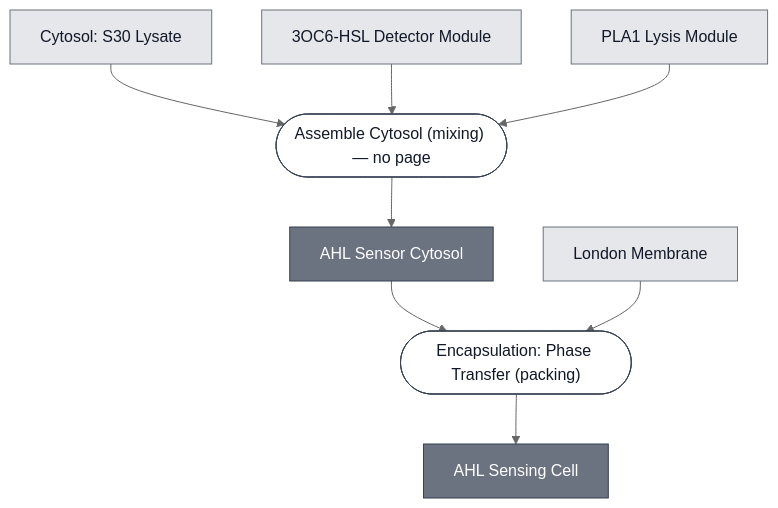
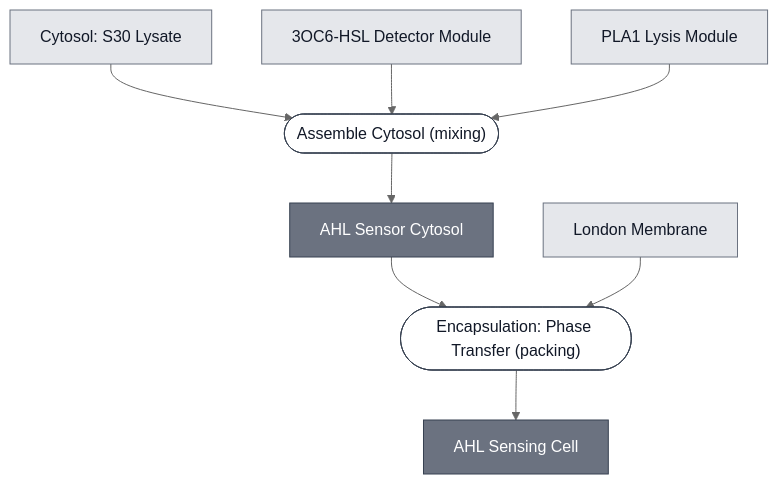
The diagram in docs/modules/ahl-sensing-cell/spec.md (nucleus-eng/nucleus-docs), drawn with Mermaid (neutral theme) before and after one commit. The commit also changed 26 other files, not shown here.

````diff
--- a/docs/modules/ahl-sensing-cell/spec.md
+++ b/docs/modules/ahl-sensing-cell/spec.md
@@ -25,37 +25,38 @@
 ```mermaid
 flowchart TD
     S30_LYSATE["Cytosol: S30 Lysate"]
     DETECTOR_3OC6_HSL["3OC6-HSL Detector Module"]
     EFFECTOR_PLA1["PLA1 Lysis Module"]
     MEMBRANE_POPC["London Membrane"]
 
-    P1_ASSEMBLE_CYTOSOL_0(["Assemble Cytosol (mixing) — no page"])
+    P1_ASSEMBLE_CYTOSOL_0(["Assemble Cytosol (mixing)"])
     AHL_SENSOR_CYTOSOL["AHL Sensor Cytosol"]
     P2_ENCAPSULATE_0(["Encapsulation: Phase Transfer (packing)"])
     AHL_SENSING_CELL["AHL Sensing Cell"]
 
     S30_LYSATE --> P1_ASSEMBLE_CYTOSOL_0
     DETECTOR_3OC6_HSL --> P1_ASSEMBLE_CYTOSOL_0
     EFFECTOR_PLA1 --> P1_ASSEMBLE_CYTOSOL_0
     P1_ASSEMBLE_CYTOSOL_0 --> AHL_SENSOR_CYTOSOL
 
     AHL_SENSOR_CYTOSOL --> P2_ENCAPSULATE_0
     MEMBRANE_POPC --> P2_ENCAPSULATE_0
     P2_ENCAPSULATE_0 --> AHL_SENSING_CELL
 
 
     classDef leaf     fill:#e5e7eb,stroke:#6b7280,color:#111827;
     classDef composed fill:#6b7280,stroke:#374151,color:#ffffff;
     classDef process  fill:#ffffff,stroke:#374151,color:#111827;
     class S30_LYSATE,DETECTOR_3OC6_HSL,EFFECTOR_PLA1,MEMBRANE_POPC leaf;
     class AHL_SENSOR_CYTOSOL,AHL_SENSING_CELL composed;
     class P1_ASSEMBLE_CYTOSOL_0,P2_ENCAPSULATE_0 process;
 
     click S30_LYSATE "/docs/modules/s30-lysate/spec"
     click DETECTOR_3OC6_HSL "/docs/modules/detector-3oc6-hsl/spec"
     click EFFECTOR_PLA1 "/docs/modules/effector-pla1/spec"
     click MEMBRANE_POPC "/docs/modules/membrane-popc/spec"
+    click P1_ASSEMBLE_CYTOSOL_0 "/docs/processes/assemble-cytosol/assemble-cytosol-main"
     click AHL_SENSOR_CYTOSOL "/docs/modules/ahl-sensor-cytosol/spec"
     click P2_ENCAPSULATE_0 "/docs/processes/assemble-base-cell/main"
     click AHL_SENSING_CELL "/docs/modules/ahl-sensing-cell/spec"
 ```
````
